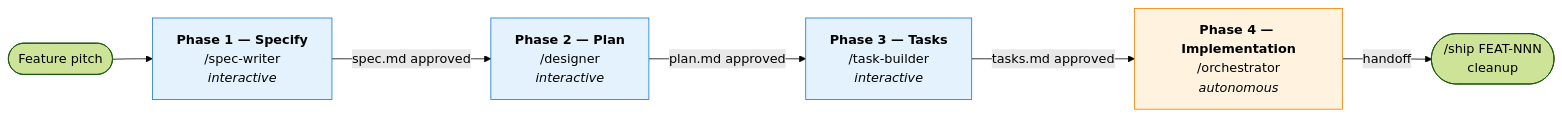
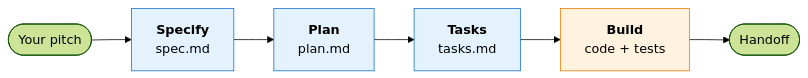
Before and after one commit to gaabscps/ai-squad: the first of 2 diagrams in README.md, drawn with Mermaid (forest theme). The commit also changed other lines of this file, not shown here.

````diff
--- a/README.md
+++ b/README.md
@@ -23,19 +7,16 @@
 ```mermaid
 flowchart LR
-    Pitch([Feature pitch]) --> P1
-    P1[<b>Phase 1 — Specify</b><br/>/spec-writer<br/><i>interactive</i>]
-    P2[<b>Phase 2 — Plan</b><br/>/designer<br/><i>interactive</i>]
-    P3[<b>Phase 3 — Tasks</b><br/>/task-builder<br/><i>interactive</i>]
-    P4[<b>Phase 4 — Implementation</b><br/>/orchestrator<br/><i>autonomous</i>]
-    Ship([/ship FEAT-NNN<br/>cleanup])
+    Pitch([Your pitch]) --> P1
+    P1[<b>Specify</b><br/>spec.md]
+    P2[<b>Plan</b><br/>plan.md]
+    P3[<b>Tasks</b><br/>tasks.md]
+    P4[<b>Build</b><br/>code + tests]
+    Done([Handoff])
 
-    P1 -->|spec.md approved| P2
-    P2 -->|plan.md approved| P3
-    P3 -->|tasks.md approved| P4
-    P4 -->|handoff| Ship
+    P1 --> P2 --> P3 --> P4 --> Done
 
     classDef interactive fill:#e3f2fd,stroke:#1976d2,color:#000
     classDef autonomous fill:#fff3e0,stroke:#f57c00,color:#000
     class P1,P2,P3 interactive
     class P4 autonomous
 ```
````
